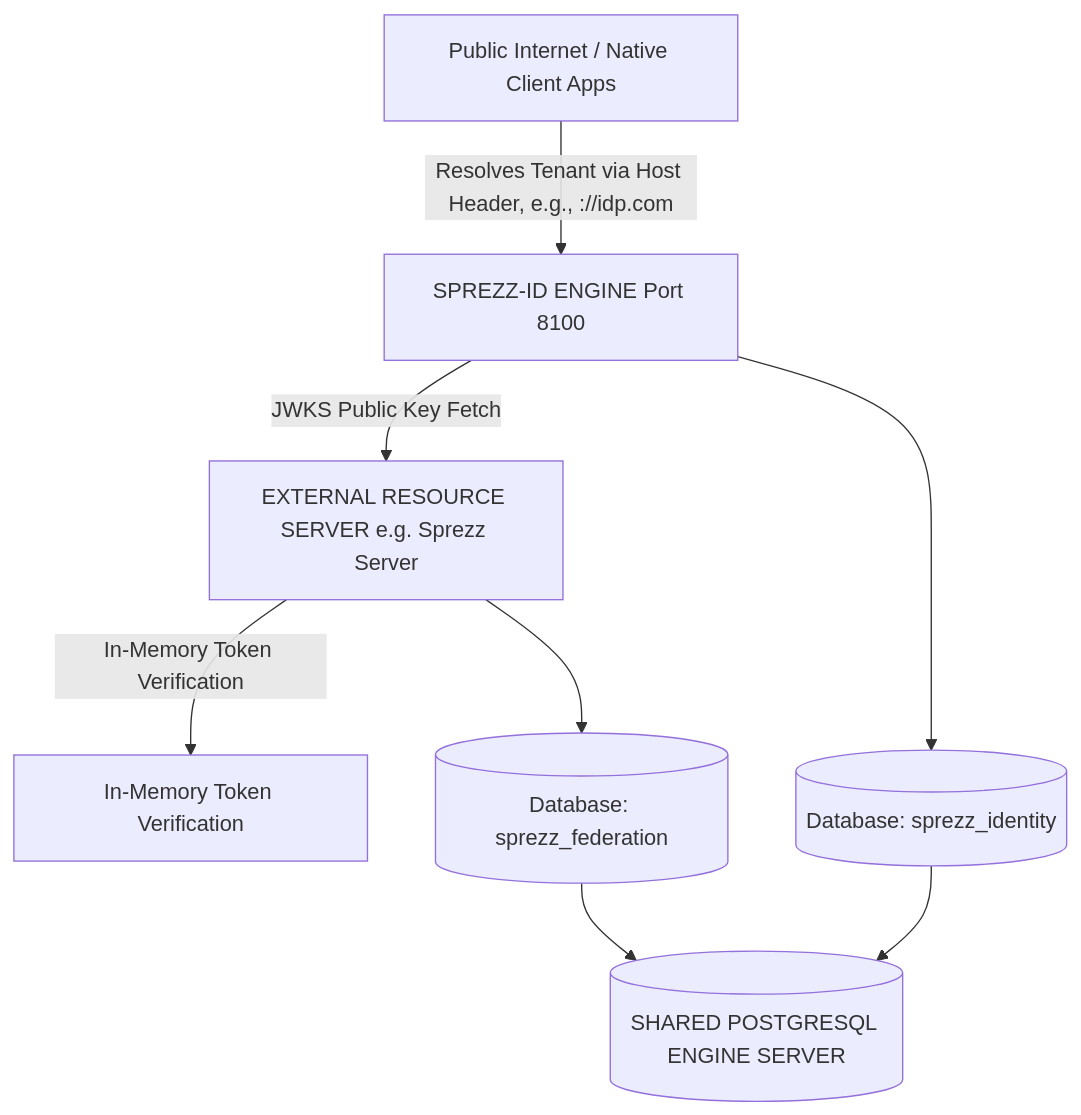
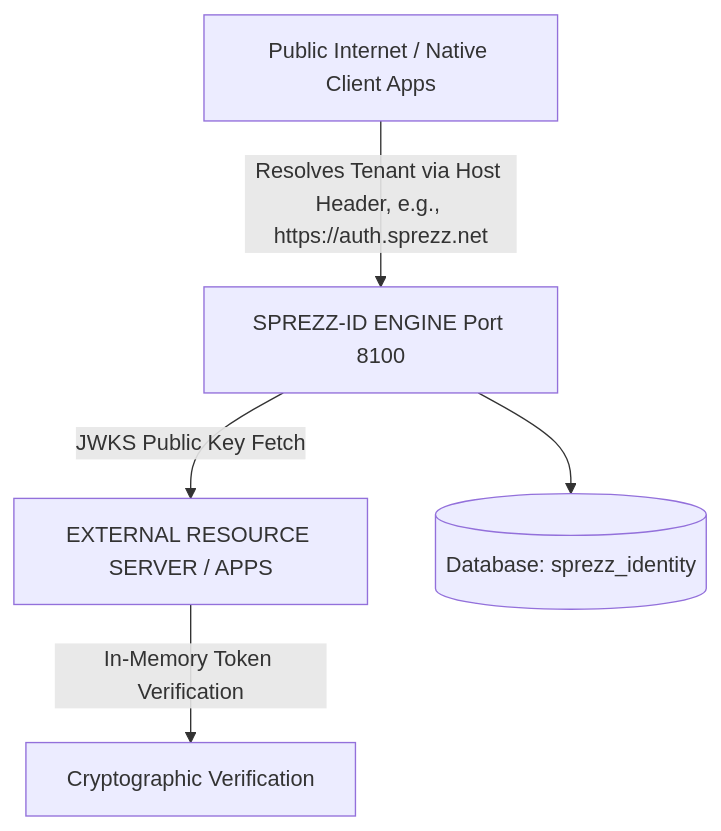
Before and after one commit to sprezz-net/sprezz-identity: the first of 4 diagrams in docs/architecture_blueprint.md, drawn with Mermaid. The commit also changed other lines of this file, not shown here.

Commit message:
Updating the architecture blueprint for next design phase

````diff
--- a/docs/architecture_blueprint.md
+++ b/docs/architecture_blueprint.md
@@ -13,10 +19,7 @@
 ```mermaid
 graph TD
-    Client[Public Internet / Native Client Apps] -->|Resolves Tenant via Host Header, e.g., ://idp.com| Engine[SPREZZ-ID ENGINE Port 8100]
-    Engine -->|JWKS Public Key Fetch| Resource[EXTERNAL RESOURCE SERVER e.g. Sprezz Server]
-    Resource -->|In-Memory Token Verification| Verification[In-Memory Token Verification]
-    Engine --> DB1[(Database: sprezz_identity)]
-    Resource --> DB2[(Database: sprezz_federation)]
-    DB1 --> SharedDB[(SHARED POSTGRESQL ENGINE SERVER)]
-    DB2 --> SharedDB
+    Client[Public Internet / Native Client Apps] -->|Resolves Tenant via Host Header, e.g., https://auth.sprezz.net| Engine[SPREZZ-ID ENGINE Port 8100]
+    Engine -->|JWKS Public Key Fetch| Resource[EXTERNAL RESOURCE SERVER / APPS]
+    Resource -->|In-Memory Token Verification| Verification[Cryptographic Verification]
+    Engine --> DB[(Database: sprezz_identity)]
 ```
````
